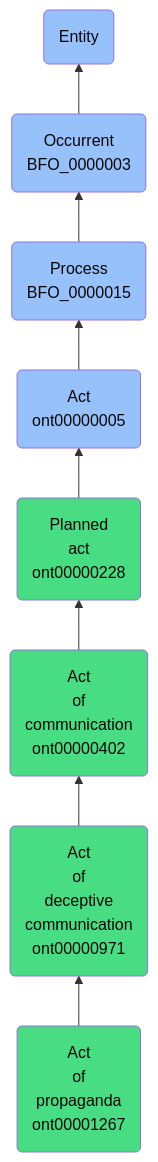
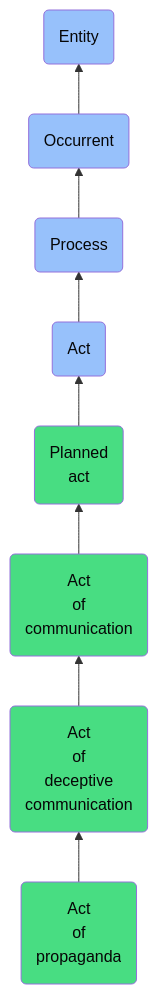
One commit to jupyter-naas/abi changed the diagram in docs/ontology/reference/model/Entity/Occurrent/Process/Act/Planned act/Act of communication/Act of deceptive communication/Act of propaganda/Act of propaganda.md. Above: the diagram before and after it, drawn with Mermaid. The commit also changed other lines of this file and 1430 other files, not shown here.

````diff
--- a/docs/ontology/reference/model/Entity/Occurrent/Process/Act/Planned act/Act of communication/Act of deceptive communication/Act of propaganda/Act of propaganda.md
+++ b/docs/ontology/reference/model/Entity/Occurrent/Process/Act/Planned act/Act of communication/Act of deceptive communication/Act of propaganda/Act of propaganda.md
@@ -24,15 +24,15 @@
 ```mermaid
 graph BT
-    ont00001267(Act<br>of<br>propaganda<br>ont00001267):::ABI-->ont00000971
-    ont00000971(Act<br>of<br>deceptive<br>communication<br>ont00000971):::ABI-->ont00000402
-    ont00000402(Act<br>of<br>communication<br>ont00000402):::ABI-->ont00000228
-    ont00000228(Planned<br>act<br>ont00000228):::ABI-->ont00000005
-    ont00000005(Act<br>ont00000005):::BFO-->BFO_0000015
-    BFO_0000015(Process<br>BFO_0000015):::BFO-->BFO_0000003
-    BFO_0000003(Occurrent<br>BFO_0000003):::BFO-->BFO_0000001
+    ont00001267(Act<br>of<br>propaganda):::ABI-->ont00000971
+    ont00000971(Act<br>of<br>deceptive<br>communication):::ABI-->ont00000402
+    ont00000402(Act<br>of<br>communication):::ABI-->ont00000228
+    ont00000228(Planned<br>act):::ABI-->ont00000005
+    ont00000005(Act):::BFO-->BFO_0000015
+    BFO_0000015(Process):::BFO-->BFO_0000003
+    BFO_0000003(Occurrent):::BFO-->BFO_0000001
     BFO_0000001(Entity):::BFO
     
     classDef BFO fill:#97c1fb,color:#060606
     classDef CCO fill:#e4c51e,color:#060606
     classDef ABI fill:#48DD82,color:#060606
 ```
````
